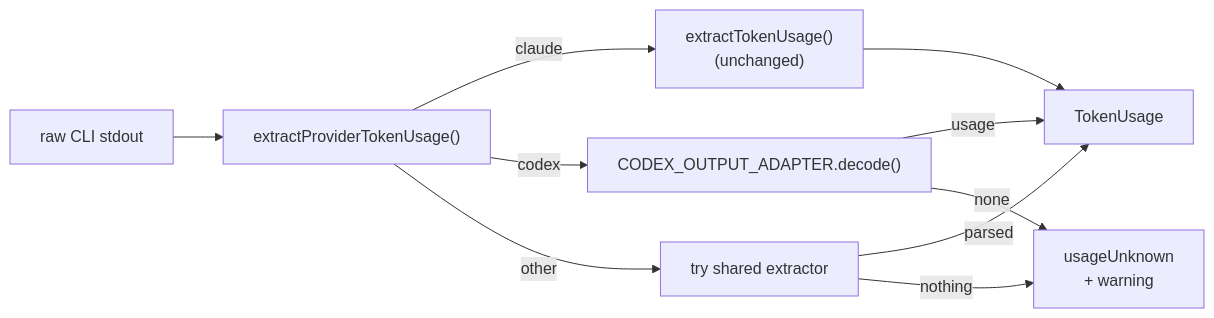
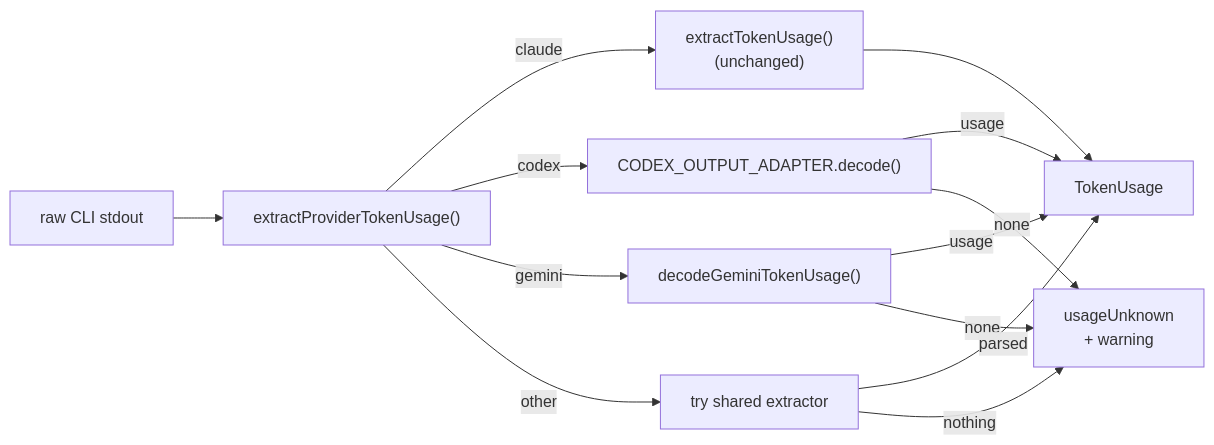
Diagram 12 of 13 in docs/MODEL-AND-CACHING.md (stSoftwareAU/VibeCoder), drawn with Mermaid before and after one commit. The commit also changed other lines of this file and 6 other files, not shown here.

First line of the commit message:
Decode Gemini CLI stream-json token usage (Issue #1938)

````diff
--- a/docs/MODEL-AND-CACHING.md
+++ b/docs/MODEL-AND-CACHING.md
@@ -2052,12 +2060,15 @@
 ```mermaid
 flowchart LR
     R["raw CLI stdout"] --> X["extractProviderTokenUsage()"]
     X -->|claude| C["extractTokenUsage()<br/>(unchanged)"]
     X -->|codex| D["CODEX_OUTPUT_ADAPTER.decode()"]
+    X -->|gemini| G["decodeGeminiTokenUsage()"]
     X -->|other| T["try shared extractor"]
     D -->|usage| U["TokenUsage"]
     D -->|none| W["usageUnknown<br/>+ warning"]
+    G -->|usage| U
+    G -->|none| W
     T -->|parsed| U
     T -->|nothing| W
     C --> U
 ```
````
